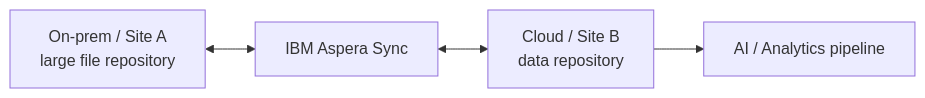
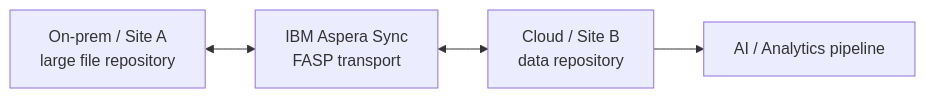
One commit to ibm-self-serve-assets/building-blocks2.0 changed the diagram in docs-src/data-core/pipelines/data-sync/index.md. Above: the diagram before and after it, drawn with Mermaid. The commit also changed other lines of this file and 14 other files, not shown here.

````diff
--- a/docs-src/data-core/pipelines/data-sync/index.md
+++ b/docs-src/data-core/pipelines/data-sync/index.md
@@ -26,6 +47,6 @@
 ```mermaid
 flowchart LR
-    A["On-prem / Site A<br/>large file repository"] <--> S["IBM Aspera Sync"]
+    A["On-prem / Site A<br/>large file repository"] <--> S["IBM Aspera Sync<br/>FASP transport"]
     S <--> B["Cloud / Site B<br/>data repository"]
     B --> P["AI / Analytics pipeline"]
 ```
````
